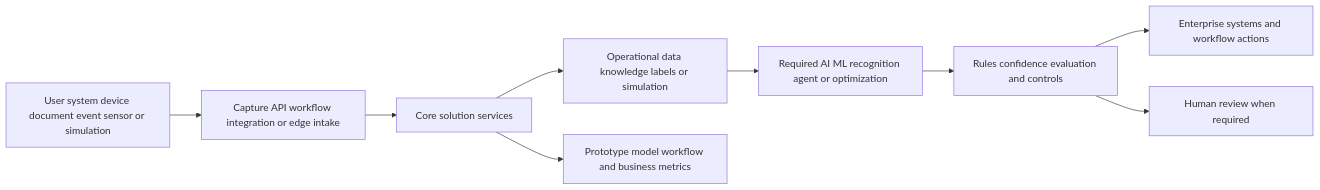
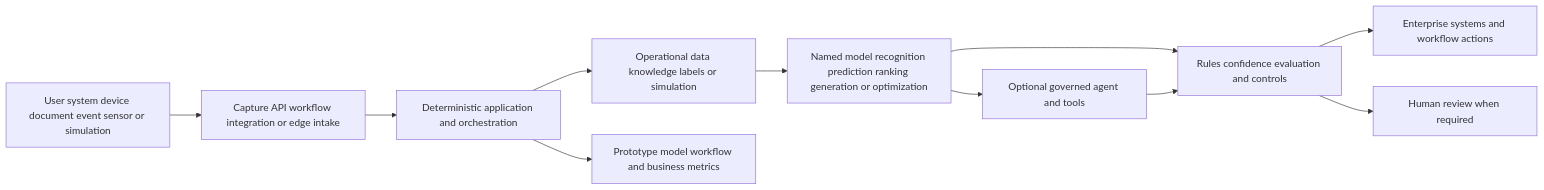
The second of 2 diagrams in docs/opportunities/opportunity-template.md (wildersa/azure_ref_kit), drawn with Mermaid before and after one commit. The commit also changed other lines of this file, not shown here.

````diff
--- a/docs/opportunities/opportunity-template.md
+++ b/docs/opportunities/opportunity-template.md
@@ -142,11 +167,13 @@
 ```mermaid
 flowchart LR
   Input[User system device document event sensor or simulation] --> Intake[Capture API workflow integration or edge intake]
-  Intake --> Core[Core solution services]
+  Intake --> Core[Deterministic application and orchestration]
   Core --> Data[Operational data knowledge labels or simulation]
-  Data --> Intelligence[Required AI ML recognition agent or optimization]
-  Intelligence --> Validation[Rules confidence evaluation and controls]
+  Data --> Model[Named model recognition prediction ranking generation or optimization]
+  Model --> Agent[Optional governed agent and tools]
+  Model --> Validation[Rules confidence evaluation and controls]
+  Agent --> Validation
   Validation --> Integration[Enterprise systems and workflow actions]
   Validation --> Human[Human review when required]
   Core --> Metrics[Prototype model workflow and business metrics]
 ```
````
